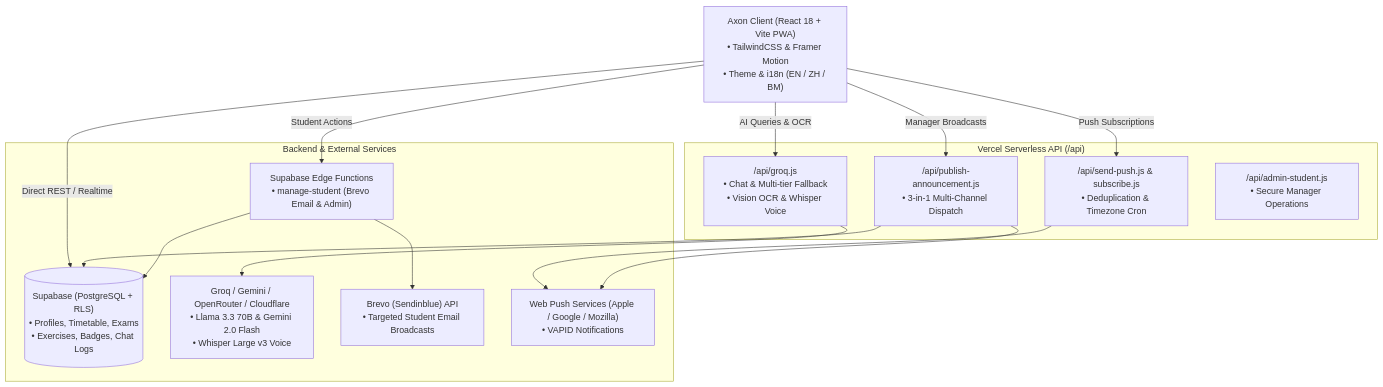
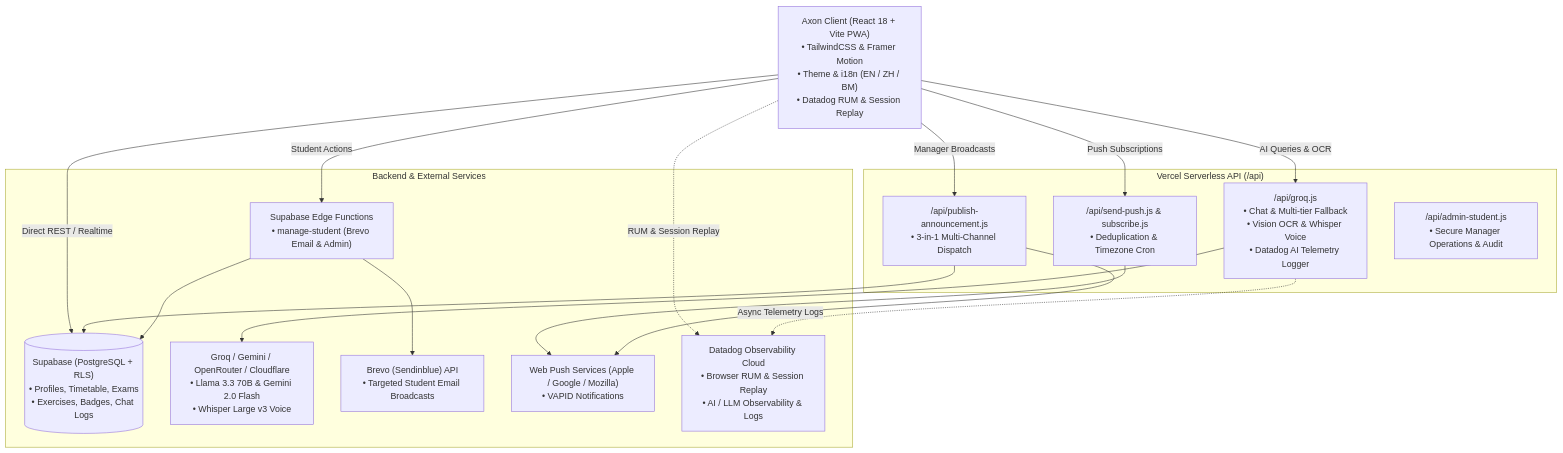
Before and after one commit to jiahong0324/Axon: the diagram in README.md, drawn with Mermaid. The commit also changed other lines of this file, not shown here.

Commit message:
docs: update README with Datadog observability, notification center, and manager enhancements

````diff
--- a/README.md
+++ b/README.md
@@ -31,32 +32,35 @@
 ```mermaid
 flowchart TD
-    Client["Axon Client (React 18 + Vite PWA)\n• TailwindCSS & Framer Motion\n• Theme & i18n (EN / ZH / BM)"]
+    Client["Axon Client (React 18 + Vite PWA)\n• TailwindCSS & Framer Motion\n• Theme & i18n (EN / ZH / BM)\n• Datadog RUM & Session Replay"]
     
     subgraph ServerlessAPI ["Vercel Serverless API (/api)"]
-        AIProxy["/api/groq.js\n• Chat & Multi-tier Fallback\n• Vision OCR & Whisper Voice"]
+        AIProxy["/api/groq.js\n• Chat & Multi-tier Fallback\n• Vision OCR & Whisper Voice\n• Datadog AI Telemetry Logger"]
         AnnounceAPI["/api/publish-announcement.js\n• 3-in-1 Multi-Channel Dispatch"]
         PushAPI["/api/send-push.js & subscribe.js\n• Deduplication & Timezone Cron"]
-        AdminAPI["/api/admin-student.js\n• Secure Manager Operations"]
+        AdminAPI["/api/admin-student.js\n• Secure Manager Operations & Audit"]
     end
     
     subgraph CloudServices ["Backend & External Services"]
         SupabaseDB[("Supabase (PostgreSQL + RLS)\n• Profiles, Timetable, Exams\n• Exercises, Badges, Chat Logs")]
         EdgeFn["Supabase Edge Functions\n• manage-student (Brevo Email & Admin)"]
         GroqCloud["Groq / Gemini / OpenRouter / Cloudflare\n• Llama 3.3 70B & Gemini 2.0 Flash\n• Whisper Large v3 Voice"]
         BrevoEmail["Brevo (Sendinblue) API\n• Targeted Student Email Broadcasts"]
         WebPushGateway["Web Push Services (Apple / Google / Mozilla)\n• VAPID Notifications"]
+        DatadogCloud["Datadog Observability Cloud\n• Browser RUM & Session Replay\n• AI / LLM Observability & Logs"]
     end
 
     Client -->|Direct REST / Realtime| SupabaseDB
     Client -->|AI Queries & OCR| AIProxy
     Client -->|Push Subscriptions| PushAPI
     Client -->|Manager Broadcasts| AnnounceAPI
     Client -->|Student Actions| EdgeFn
+    Client -.->|RUM & Session Replay| DatadogCloud
     
     AIProxy --> GroqCloud
+    AIProxy -.->|Async Telemetry Logs| DatadogCloud
     PushAPI --> WebPushGateway
     AnnounceAPI --> SupabaseDB
     AnnounceAPI --> WebPushGateway
     EdgeFn --> SupabaseDB
     EdgeFn --> BrevoEmail
 ```
````
